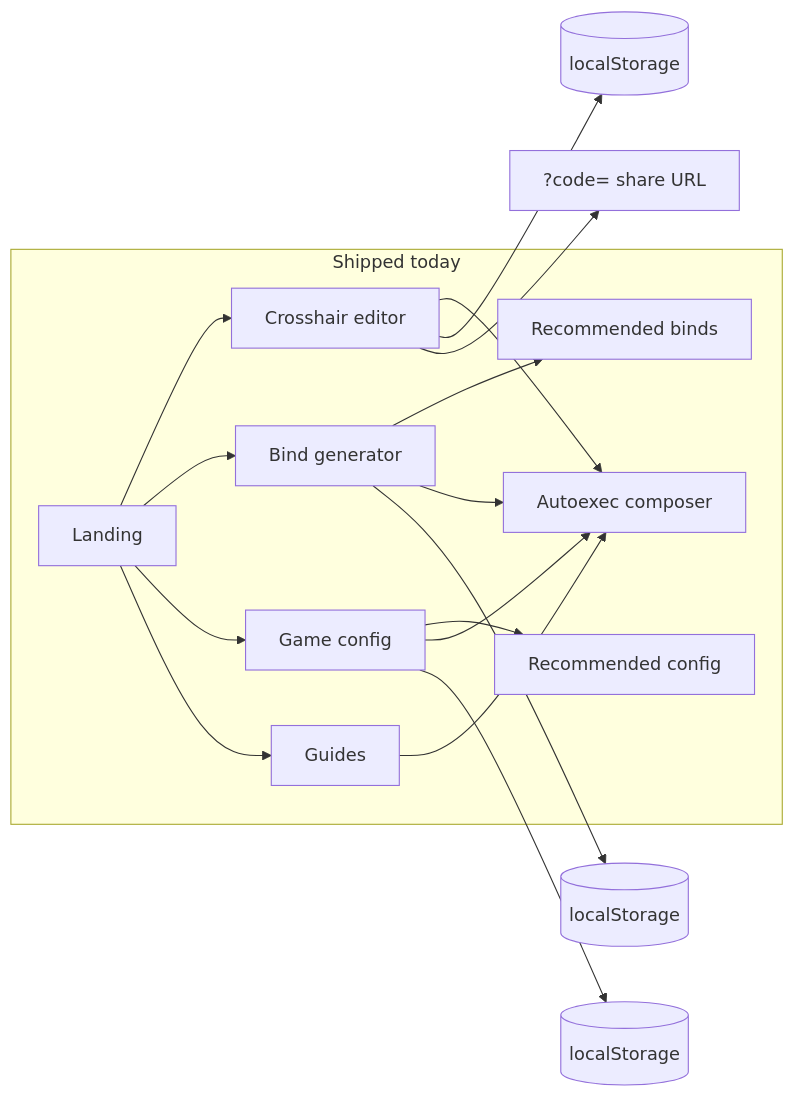
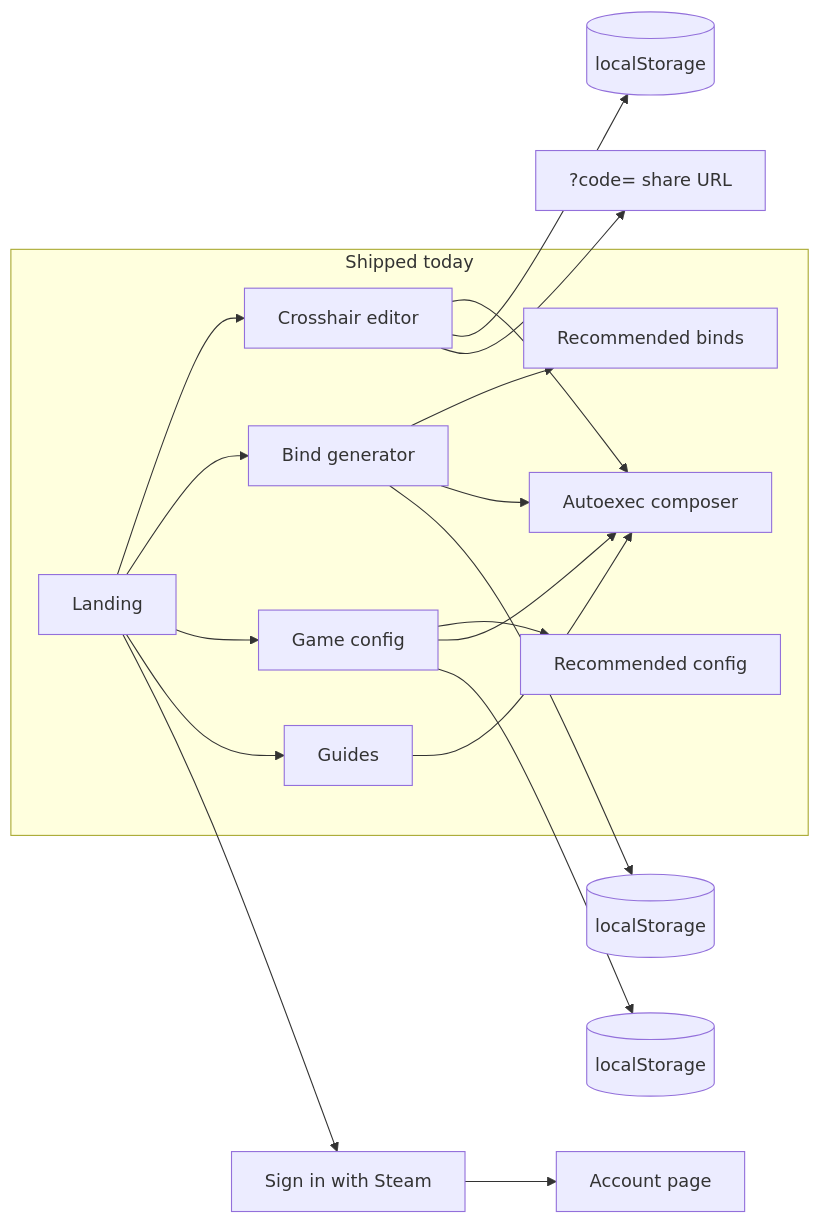
One commit to percdotdev/bindr changed the first of 5 diagrams in .docs/SPEC.md. Above: the diagram before and after it, drawn with Mermaid. The commit also changed other lines of this file and 1 other file, not shown here.

Commit message:
docs: document steam auth in spec and readme

````diff
--- a/.docs/SPEC.md
+++ b/.docs/SPEC.md
@@ -54,27 +54,29 @@
 ```mermaid
 flowchart LR
   subgraph shipped [Shipped today]
     Home[Landing]
     XH[Crosshair editor]
     Binds[Bind generator]
     Rec[Recommended binds]
     Cfg[Game config]
     CfgRec[Recommended config]
     AE[Autoexec composer]
     Guides[Guides]
   end
   Home --> XH
   Home --> Binds
   Home --> Cfg
   Home --> Guides
   Binds --> Rec
   Cfg --> CfgRec
   XH --> AE
   Cfg --> AE
   Binds --> AE
   Guides --> AE
   XH --> LS1[(localStorage)]
   Binds --> LS2[(localStorage)]
   Cfg --> LS3[(localStorage)]
   XH --> URL["?code= share URL"]
+  Home --> Steam[Sign in with Steam]
+  Steam --> Account[Account page]
 ```
````
